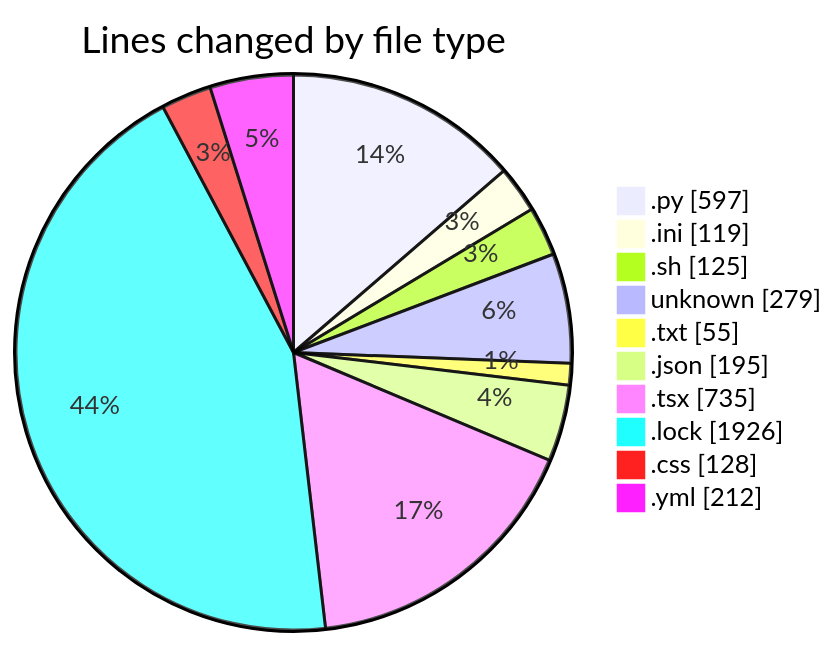
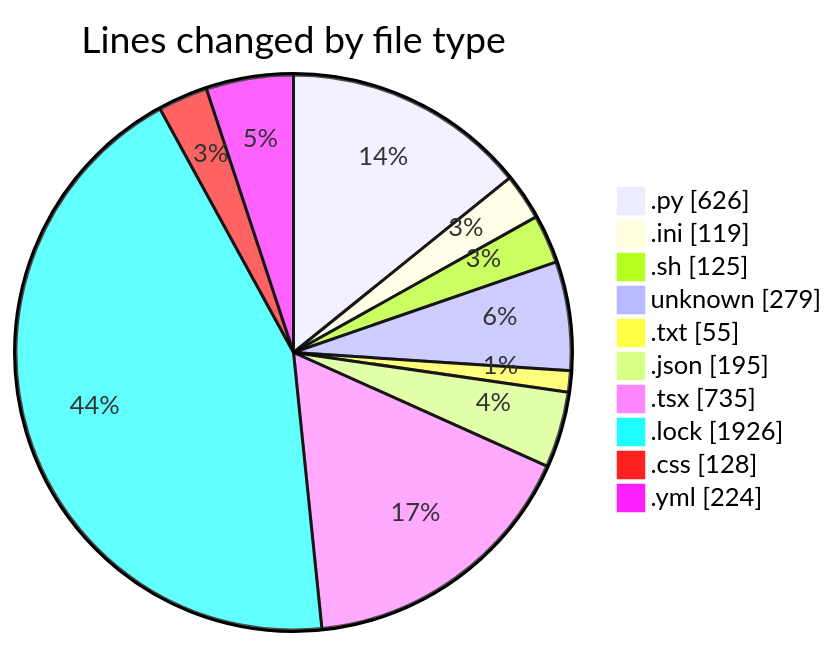
One commit to Elitesun/code-tracking changed the first of 2 diagrams in 2025-05-12/niten/README.md. Above: the diagram before and after it, drawn with Mermaid. The commit also changed other lines of this file and 1 other file, not shown here.

````diff
--- a/2025-05-12/niten/README.md
+++ b/2025-05-12/niten/README.md
@@ -39,14 +39,14 @@
 ```mermaid
 pie showData
 title Lines changed by file type
-".py" : 597
+".py" : 626
 ".ini" : 119
 ".sh" : 125
 "unknown" : 279
 ".txt" : 55
 ".json" : 195
 ".tsx" : 735
 ".lock" : 1926
 ".css" : 128
-".yml" : 212
+".yml" : 224
 ```
````
